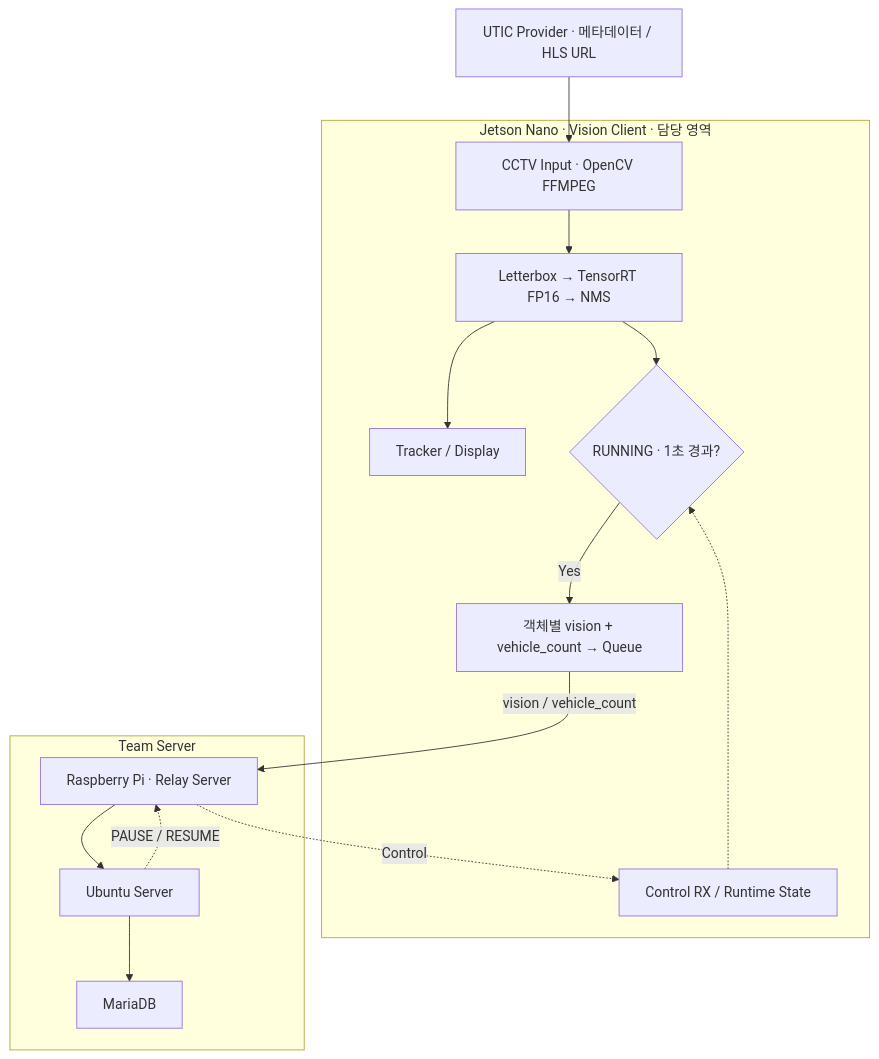
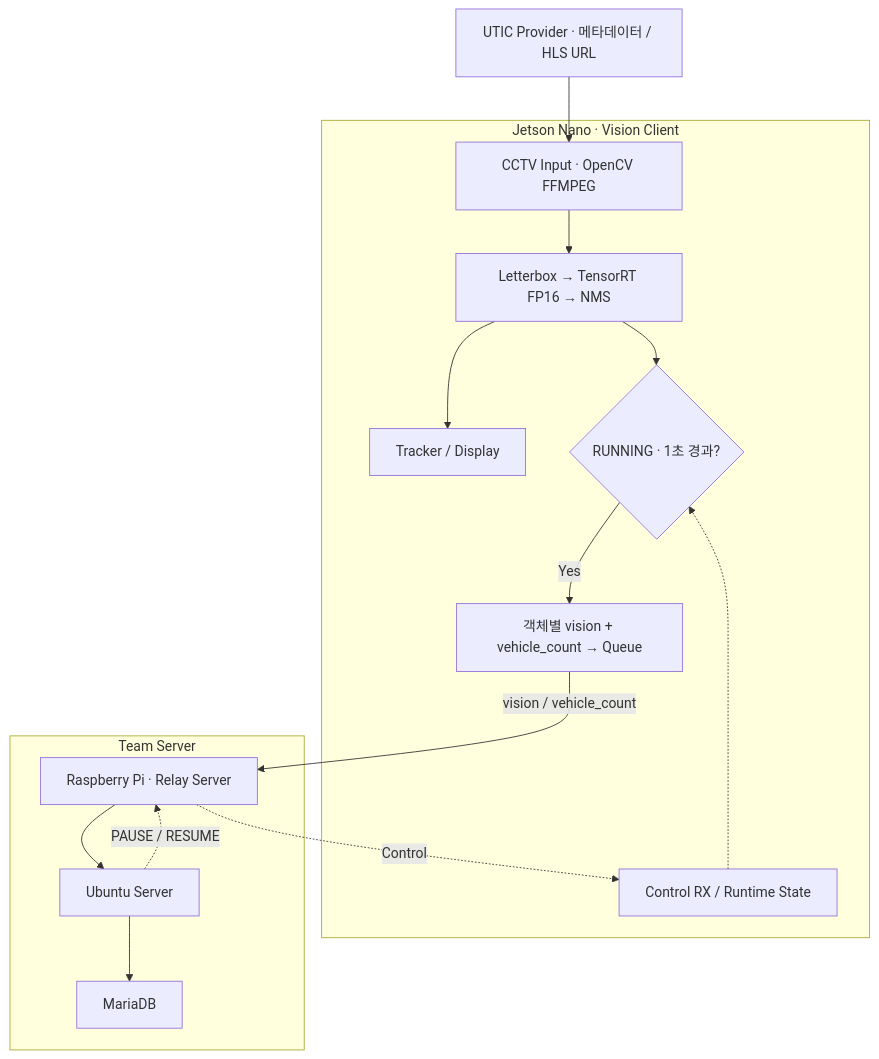
One commit to triton0305/jetson-traffic-cctv-vision changed the diagram in README.md. Above: the diagram before and after it, drawn with Mermaid.

Commit message:
Fix subgraph label in README.md

````diff
--- a/README.md
+++ b/README.md
@@ -80,21 +80,21 @@
 ```mermaid
 flowchart TD
     A["UTIC Provider · 메타데이터 / HLS URL"] --> B["CCTV Input · OpenCV FFMPEG"]
 
-    subgraph J["Jetson Nano · Vision Client · 담당 영역"]
+    subgraph J["Jetson Nano · Vision Client"]
         B --> C["Letterbox → TensorRT FP16 → NMS"]
         C --> D["Tracker / Display"]
         C --> E{"RUNNING · 1초 경과?"}
         E -->|Yes| F["객체별 vision + vehicle_count → Queue"]
         H["Control RX / Runtime State"] -.-> E
     end
 
     subgraph S["Team Server"]
         G["Raspberry Pi · Relay Server"] --> U["Ubuntu Server"]
         U --> M["MariaDB"]
     end
 
     F -->|vision / vehicle_count| G
     U -.->|PAUSE / RESUME| G
     G -.->|Control| H
 ```
````
